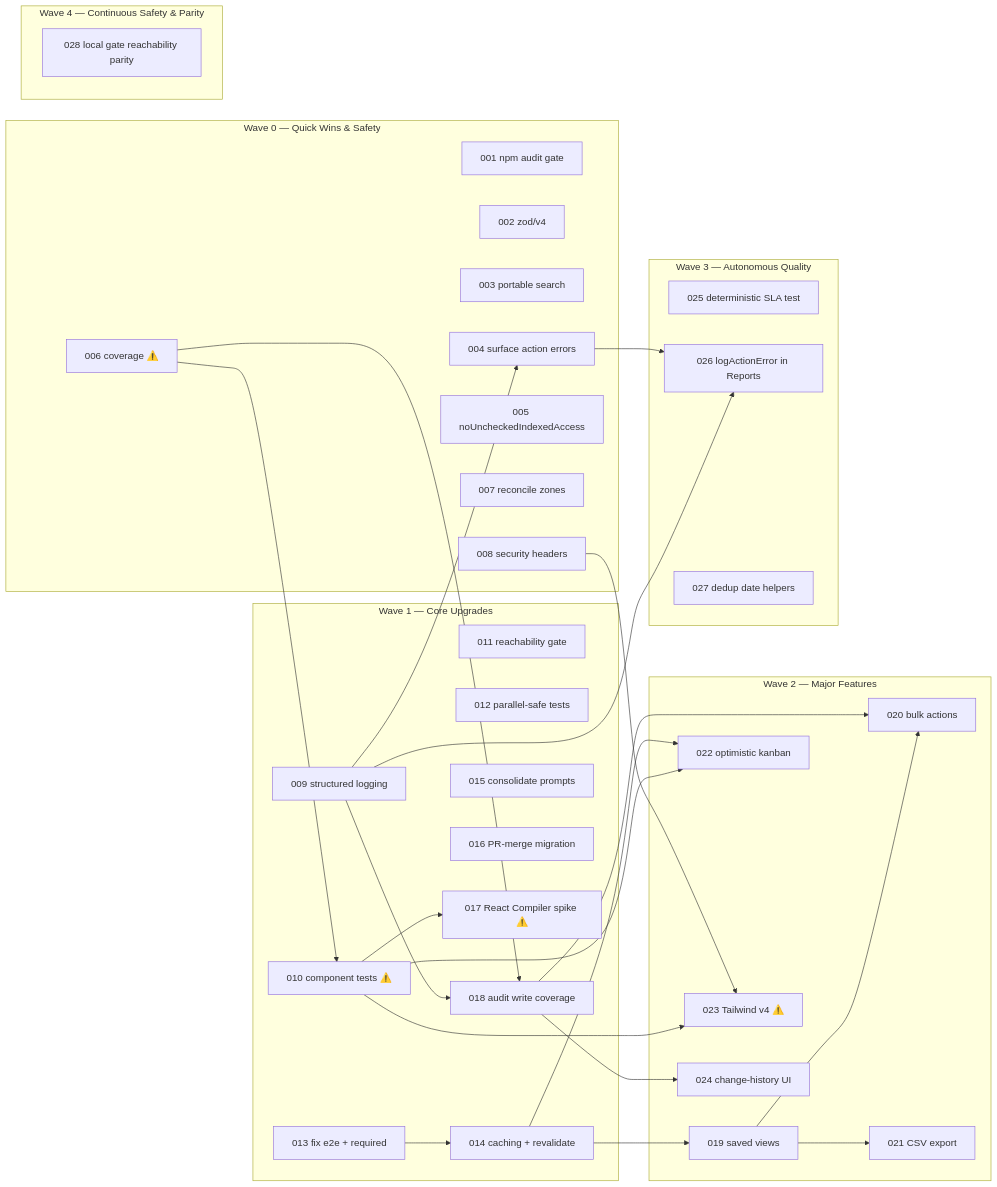
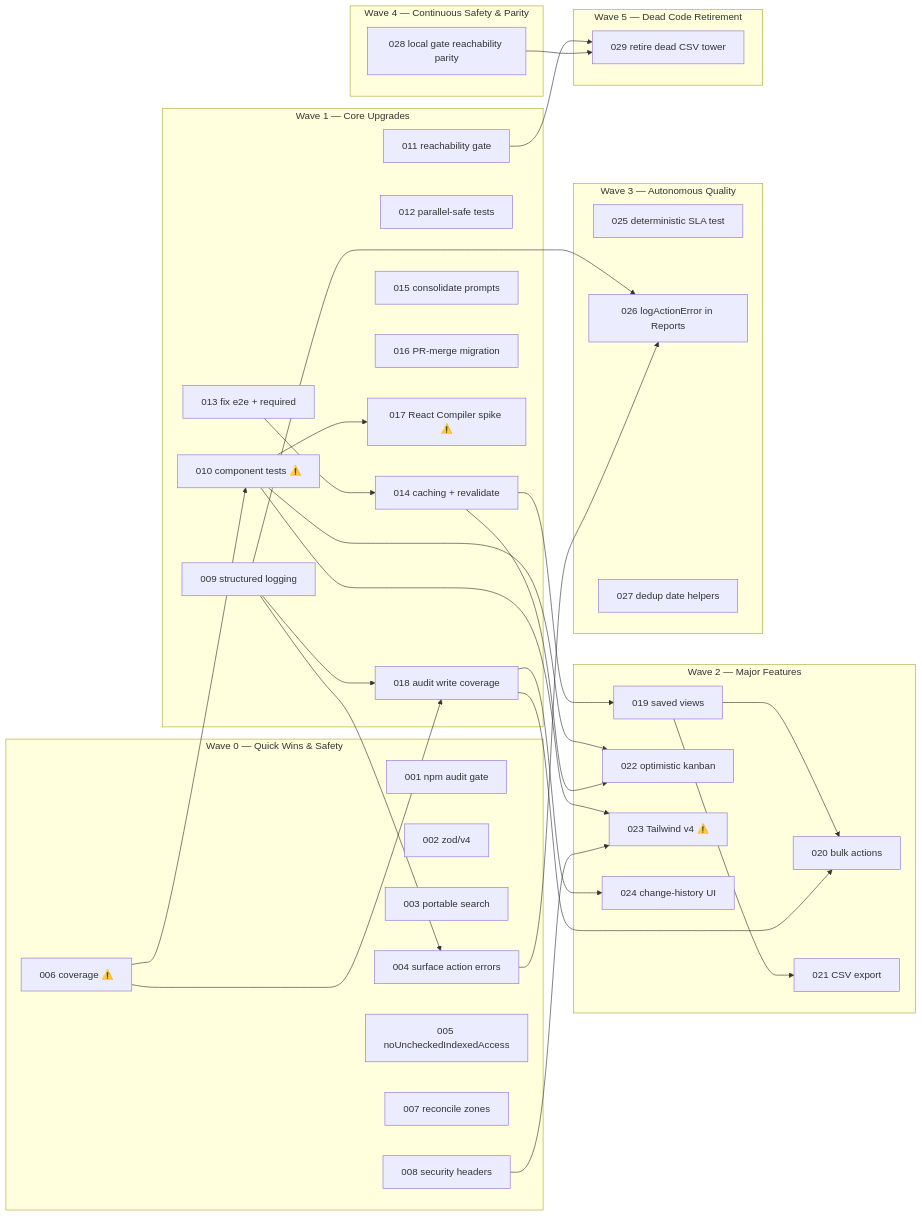
One commit to michaelcrosato/salesforce-lite-crm changed the diagram in plan/ROADMAP.md. Above: the diagram before and after it, drawn with Mermaid. The commit also changed other lines of this file and 36 other files, not shown here.

Commit message:
feat(spec-029): retire dead CSV tower and ratchet reachability

````diff
--- a/plan/ROADMAP.md
+++ b/plan/ROADMAP.md
@@ -128,59 +136,64 @@
 ```mermaid
 graph LR
   subgraph P0["Wave 0 — Quick Wins & Safety"]
     S001["001 npm audit gate"]
     S002["002 zod/v4"]
     S003["003 portable search"]
     S004["004 surface action errors"]
     S005["005 noUncheckedIndexedAccess"]
     S006["006 coverage ⚠️"]
     S007["007 reconcile zones"]
     S008["008 security headers"]
   end
   subgraph P1["Wave 1 — Core Upgrades"]
     S009["009 structured logging"]
     S010["010 component tests ⚠️"]
     S011["011 reachability gate"]
     S012["012 parallel-safe tests"]
     S013["013 fix e2e + required"]
     S014["014 caching + revalidate"]
     S015["015 consolidate prompts"]
     S016["016 PR-merge migration"]
     S017["017 React Compiler spike ⚠️"]
     S018["018 audit write coverage"]
   end
   subgraph P2["Wave 2 — Major Features"]
     S019["019 saved views"]
     S020["020 bulk actions"]
     S021["021 CSV export"]
     S022["022 optimistic kanban"]
     S023["023 Tailwind v4 ⚠️"]
     S024["024 change-history UI"]
   end
   subgraph P3["Wave 3 — Autonomous Quality"]
     S025["025 deterministic SLA test"]
     S026["026 logActionError in Reports"]
     S027["027 dedup date helpers"]
   end
   subgraph P4["Wave 4 — Continuous Safety & Parity"]
     S028["028 local gate reachability parity"]
   end
+  subgraph P5["Wave 5 — Dead Code Retirement"]
+    S029["029 retire dead CSV tower"]
+  end
 
   S009 --> S004
   S009 --> S018
   S006 --> S010
   S006 --> S018
   S013 --> S014
   S010 --> S017
   S010 --> S022
   S010 --> S023
   S008 --> S023
   S014 --> S019
   S014 --> S022
   S019 --> S020
   S019 --> S021
   S018 --> S020
   S018 --> S024
   S009 --> S026
   S004 --> S026
+  S011 --> S029
+  S028 --> S029
 ```
````
